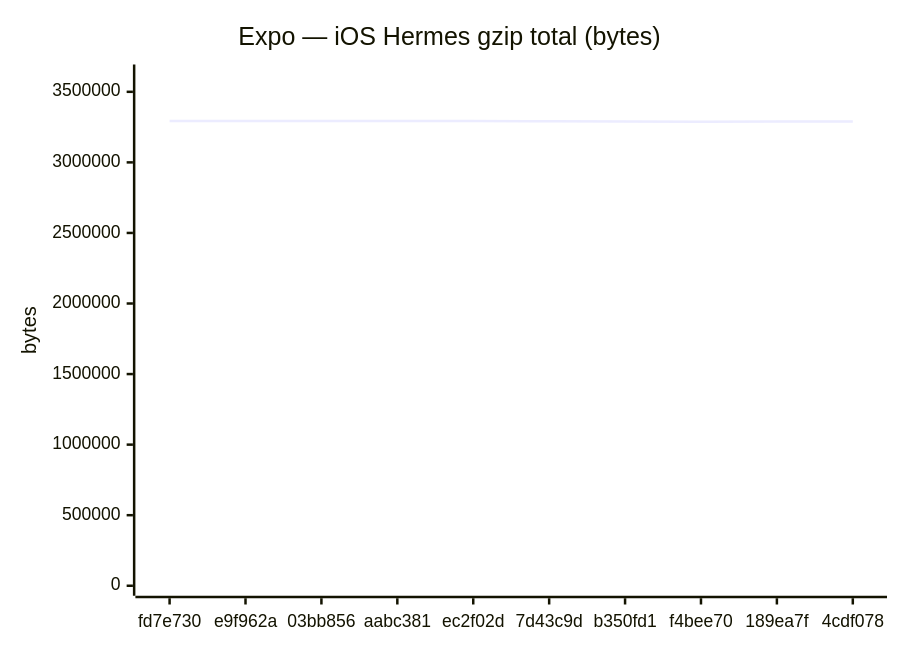
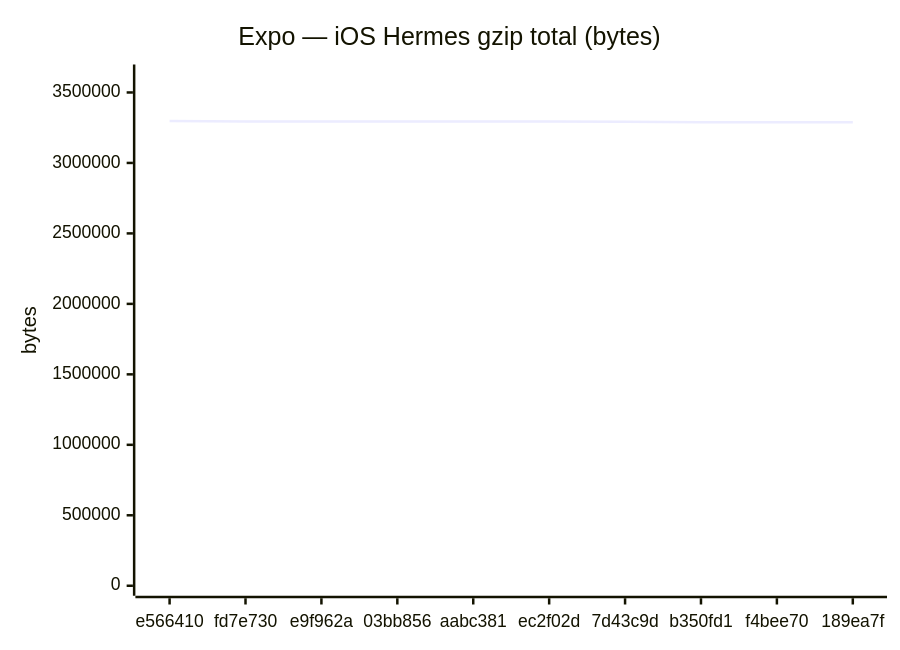
Before and after one commit to Metaheurist/Rianell: the sixth of 18 diagrams in benchmarks/compare.md, drawn with Mermaid. The commit also changed other lines of this file and 11 other files, not shown here.

````diff
--- a/benchmarks/compare.md
+++ b/benchmarks/compare.md
@@ -96,7 +96,7 @@
 ```mermaid
 xychart-beta
     title "Expo — iOS Hermes gzip total (bytes)"
-    x-axis ["fd7e730", "e9f962a", "03bb856", "aabc381", "ec2f02d", "7d43c9d", "b350fd1", "f4bee70", "189ea7f", "4cdf078"]
-    y-axis "bytes" 0 --> 3622750
-    line [3293199, 3293198, 3293200, 3293409, 3293314, 3291396, 3288856, 3288399, 3288861, 3288877]
+    x-axis ["e566410", "fd7e730", "e9f962a", "03bb856", "aabc381", "ec2f02d", "7d43c9d", "b350fd1", "f4bee70", "189ea7f"]
+    y-axis "bytes" 0 --> 3627508
+    line [3297734, 3293199, 3293198, 3293200, 3293409, 3293314, 3291396, 3288856, 3288399, 3288861]
 ```
````
